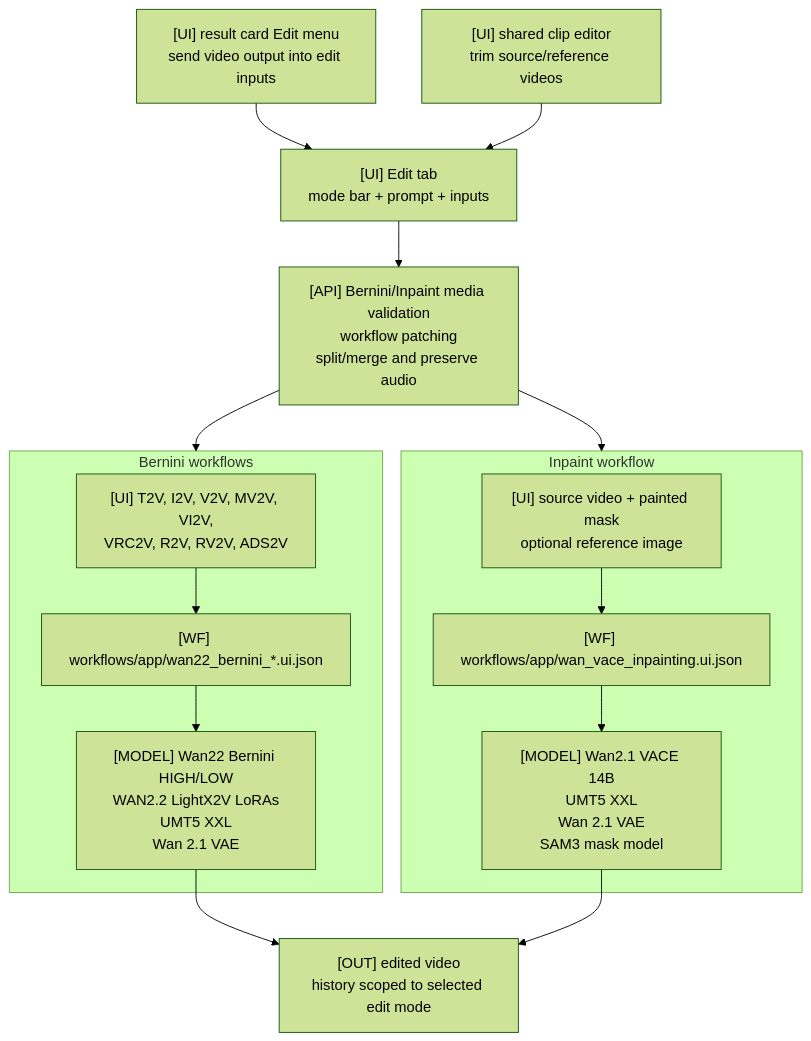
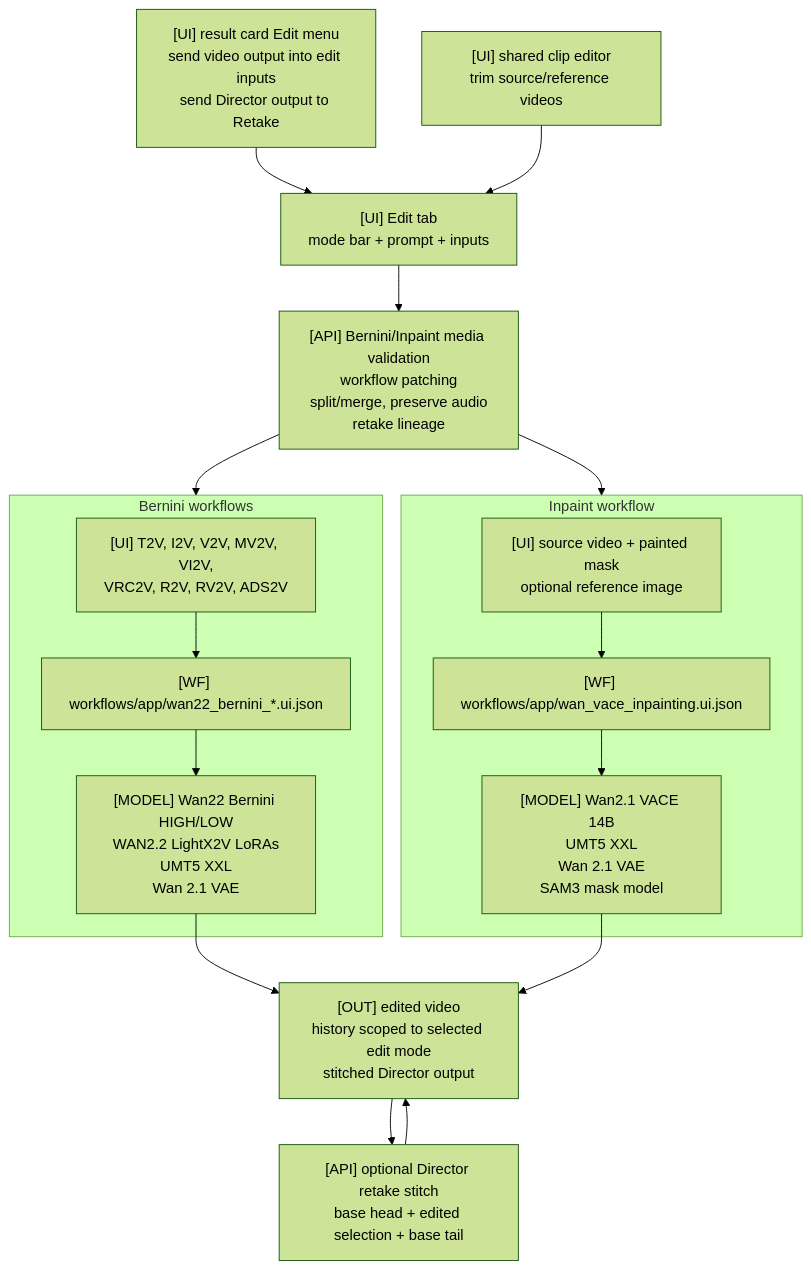
Before and after one commit to ai2764/Camera-lab: the fourth of 6 diagrams in README.md, drawn with Mermaid (forest theme). The commit also changed other lines of this file and 5 other files, not shown here.

Commit message:
docs: update director v2 workflow notes

````diff
--- a/README.md
+++ b/README.md
@@ -117,31 +117,33 @@
 ```mermaid
 flowchart TB
   UI["[UI] Edit tab<br/>mode bar + prompt + inputs"]
-  MENU["[UI] result card Edit menu<br/>send video output into edit inputs"]
+  MENU["[UI] result card Edit menu<br/>send video output into edit inputs<br/>send Director output to Retake"]
   CLIP["[UI] shared clip editor<br/>trim source/reference videos"]
-  API["[API] Bernini/Inpaint media validation<br/>workflow patching<br/>split/merge and preserve audio"]
+  API["[API] Bernini/Inpaint media validation<br/>workflow patching<br/>split/merge, preserve audio<br/>retake lineage"]
 
   subgraph Bernini["Bernini workflows"]
     BMODES["[UI] T2V, I2V, V2V, MV2V, VI2V,<br/>VRC2V, R2V, RV2V, ADS2V"]
     BWF["[WF] workflows/app/wan22_bernini_*.ui.json"]
     BMODEL["[MODEL] Wan22 Bernini HIGH/LOW<br/>WAN2.2 LightX2V LoRAs<br/>UMT5 XXL<br/>Wan 2.1 VAE"]
     BMODES --> BWF --> BMODEL
   end
 
   subgraph Inpaint["Inpaint workflow"]
     IINPUT["[UI] source video + painted mask<br/>optional reference image"]
     IWF["[WF] workflows/app/wan_vace_inpainting.ui.json"]
     IMODEL["[MODEL] Wan2.1 VACE 14B<br/>UMT5 XXL<br/>Wan 2.1 VAE<br/>SAM3 mask model"]
     IINPUT --> IWF --> IMODEL
   end
 
-  OUT["[OUT] edited video<br/>history scoped to selected edit mode"]
+  STITCH["[API] optional Director retake stitch<br/>base head + edited selection + base tail"]
+  OUT["[OUT] edited video<br/>history scoped to selected edit mode<br/>stitched Director output"]
 
   MENU --> UI
   CLIP --> UI
   UI --> API
   API --> Bernini
   API --> Inpaint
   BMODEL --> OUT
   IMODEL --> OUT
+  OUT --> STITCH --> OUT
 ```
````
